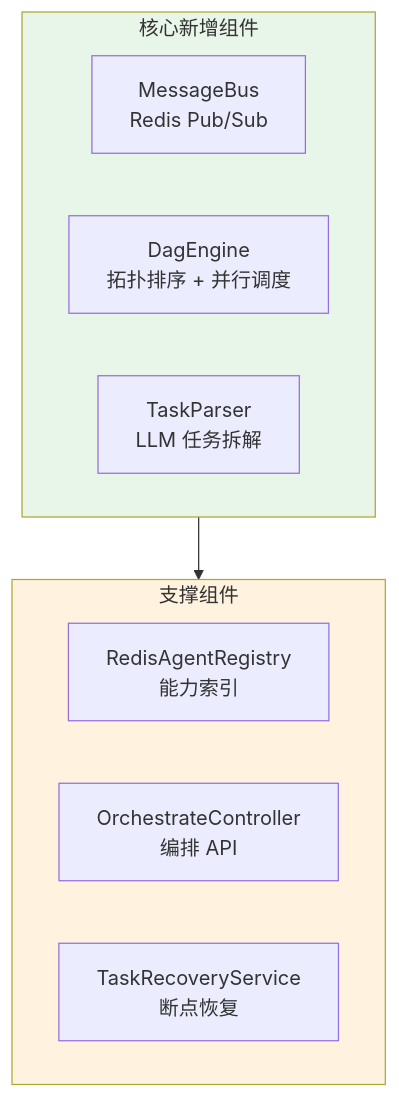
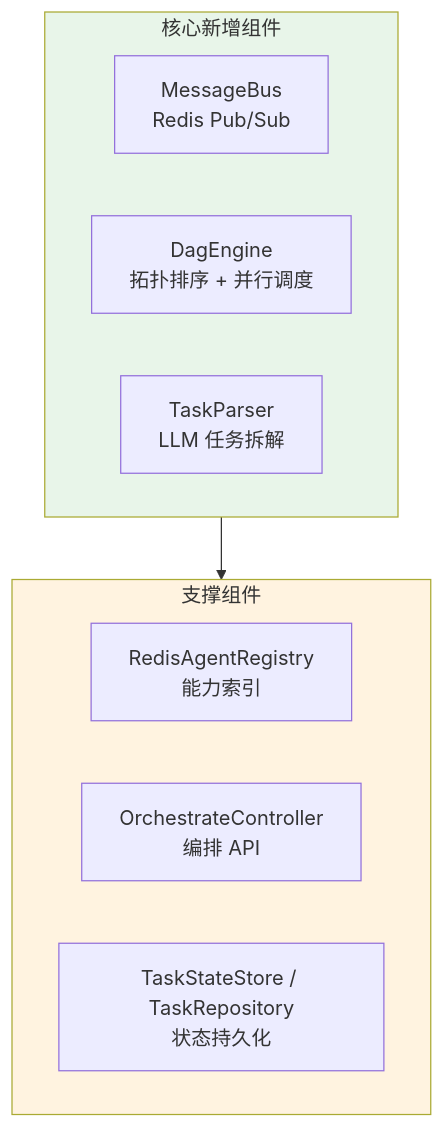
One commit to UranusGit/java-agent-learn changed the seventh of 7 diagrams in docs/项目/02-多Agent协作平台/03-迭代二-多Agent编排.md. Above: the diagram before and after it, drawn with Mermaid. The commit also changed other lines of this file and 206 other files, not shown here.

````diff
--- a/docs/项目/02-多Agent协作平台/03-迭代二-多Agent编排.md
+++ b/docs/项目/02-多Agent协作平台/03-迭代二-多Agent编排.md
@@ -912,19 +1574,19 @@
 ```mermaid
 graph TB
     subgraph 核心新增["核心新增组件"]
         N1["MessageBus<br/>Redis Pub/Sub"]
         N2["DagEngine<br/>拓扑排序 + 并行调度"]
         N3["TaskParser<br/>LLM 任务拆解"]
     end
 
     subgraph 支撑["支撑组件"]
         S1["RedisAgentRegistry<br/>能力索引"]
         S2["OrchestrateController<br/>编排 API"]
-        S3["TaskRecoveryService<br/>断点恢复"]
+        S3["TaskStateStore / TaskRepository<br/>状态持久化"]
     end
 
     核心新增 --> 支撑
 
     style 核心新增 fill:#e8f5e9
     style 支撑 fill:#fff3e0
 ```
````
